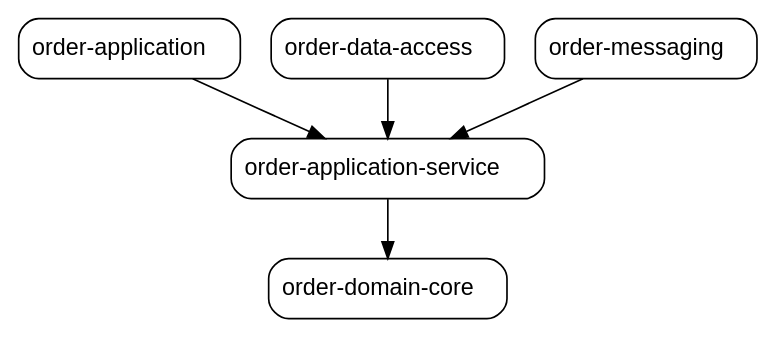
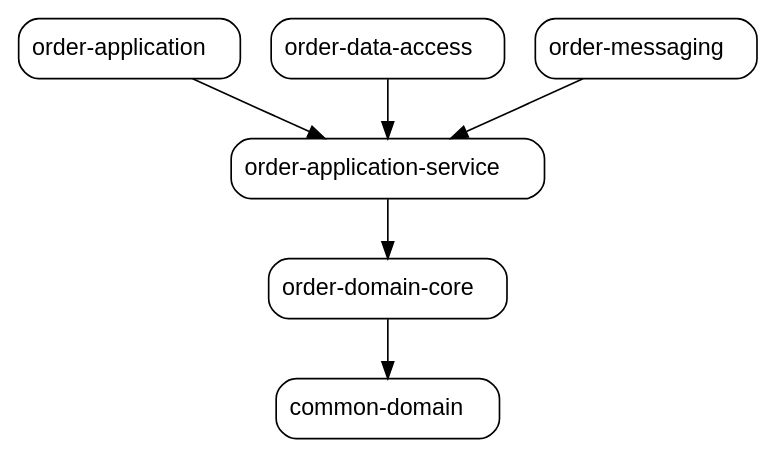
The diagram in food-ordering-system/target/dependency-graph.dot (shafaaf/UdemyMicroservices), drawn with Graphviz before and after one commit. The commit also changed 402 other files, not shown here.

```diff
--- a/food-ordering-system/target/dependency-graph.dot
+++ b/food-ordering-system/target/dependency-graph.dot
@@ -1,17 +1,19 @@
 digraph "food-ordering-system" {
   node [shape="box",style="rounded",fontname="Helvetica",fontsize="14"]
   edge [fontsize="10",fontname="Helvetica"]
 
   // Node Definitions:
+  "com.food.ordering.system:order-domain-core:jar:compile"[label=<order-domain-core>]
+  "com.food.ordering.system:common-domain:jar:compile"[label=<common-domain>]
   "com.food.ordering.system:order-application-service:jar:compile"[label=<order-application-service>]
-  "com.food.ordering.system:order-domain-core:jar:compile"[label=<order-domain-core>]
   "com.food.ordering.system:order-application:jar:compile"[label=<order-application>]
   "com.food.ordering.system:order-data-access:jar:compile"[label=<order-data-access>]
   "com.food.ordering.system:order-messaging:jar:compile"[label=<order-messaging>]
 
   // Edge Definitions:
+  "com.food.ordering.system:order-domain-core:jar:compile" -> "com.food.ordering.system:common-domain:jar:compile"
   "com.food.ordering.system:order-application-service:jar:compile" -> "com.food.ordering.system:order-domain-core:jar:compile"
   "com.food.ordering.system:order-application:jar:compile" -> "com.food.ordering.system:order-application-service:jar:compile"
   "com.food.ordering.system:order-data-access:jar:compile" -> "com.food.ordering.system:order-application-service:jar:compile"
   "com.food.ordering.system:order-messaging:jar:compile" -> "com.food.ordering.system:order-application-service:jar:compile"
 }
```
